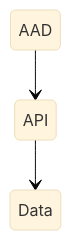
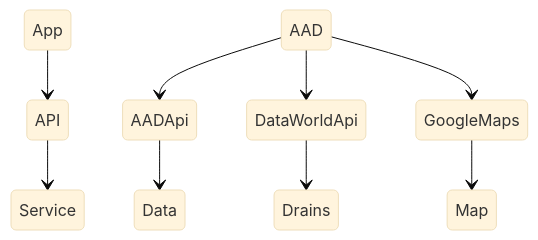
One commit to Wilfongjt/lb-A changed the first of 10 diagrams in README.md. Above: the diagram before and after it, drawn with Mermaid. The commit also changed other lines of this file, not shown here.

````diff
--- a/README.md
+++ b/README.md
@@ -2,6 +2,18 @@
 ```mermaid
 %%{init: {'securityLevel': 'loose', 'theme':'base'}}%%
 stateDiagram
-AAD --> API 
-API --> Data
+
+App --> API
+API --> Service
+
+AAD --> AADApi 
+AADApi --> Data
+
+AAD --> DataWorldApi 
+DataWorldApi --> Drains
+
+AAD --> GoogleMaps
+GoogleMaps --> Map
+
+
 ```
````
